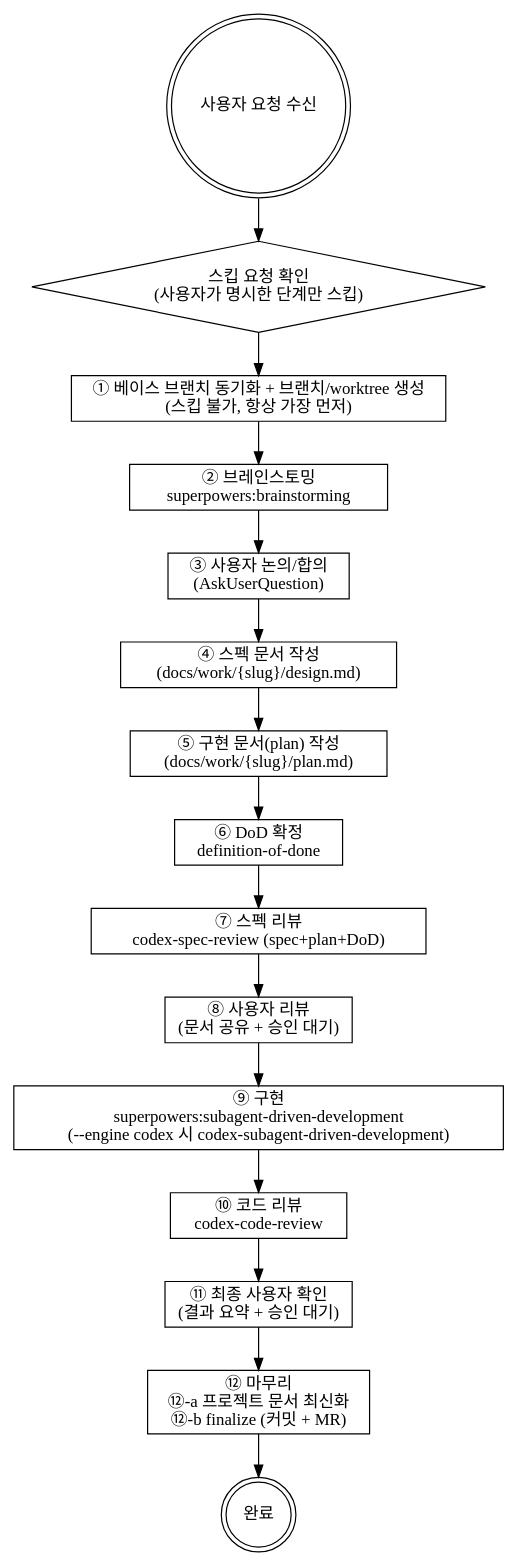
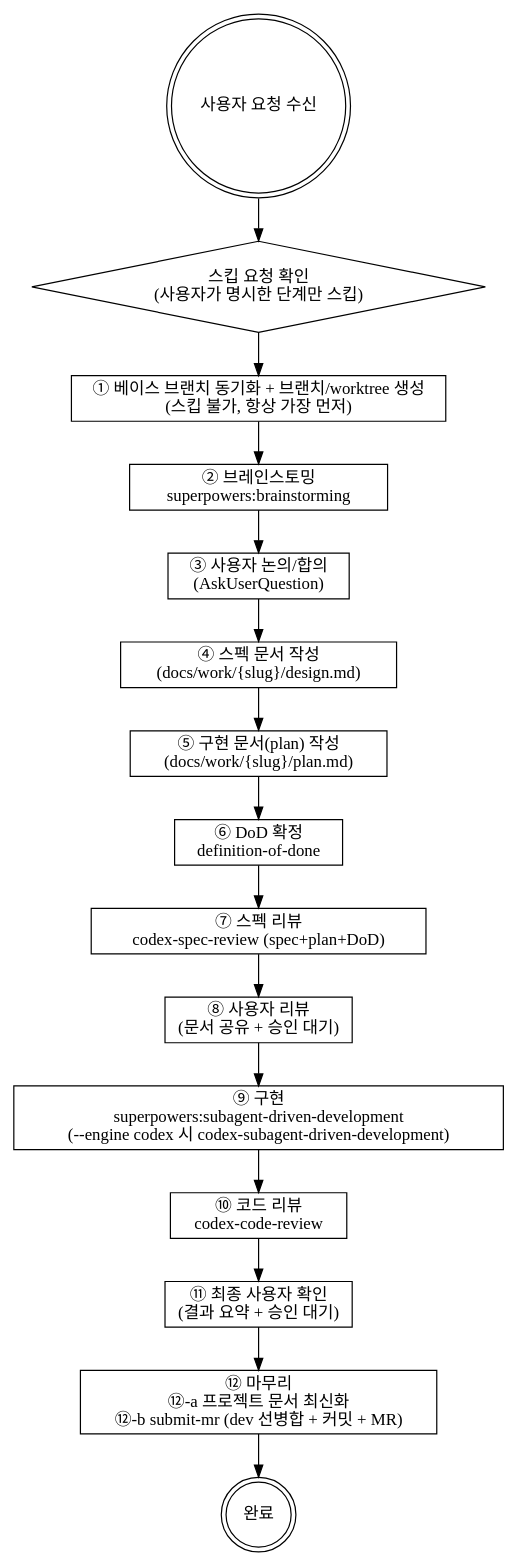
One commit to geonyeop123/claude-toolkit changed the diagram in plugins/dev-workflow/skills/feature-workflow/SKILL.md. Above: the diagram before and after it, drawn with Graphviz. The commit also changed other lines of this file and 2 other files, not shown here.

Commit message:
feat(submit-mr): MR 전 base 선병합 스킬을 추가하고 ⑫-b에 연결

````diff
--- a/plugins/dev-workflow/skills/feature-workflow/SKILL.md
+++ b/plugins/dev-workflow/skills/feature-workflow/SKILL.md
@@ -27,38 +27,38 @@
 ```dot
 digraph feature_workflow {
     rankdir=TB;
     node [shape=box];
 
     start [label="사용자 요청 수신" shape=doublecircle];
     skip [label="스킵 요청 확인\n(사용자가 명시한 단계만 스킵)" shape=diamond];
 
     s1 [label="① 베이스 브랜치 동기화 + 브랜치/worktree 생성\n(스킵 불가, 항상 가장 먼저)"];
     s2 [label="② 브레인스토밍\nsuperpowers:brainstorming"];
     s3 [label="③ 사용자 논의/합의\n(AskUserQuestion)"];
     s4 [label="④ 스펙 문서 작성\n(docs/work/{slug}/design.md)"];
     s5 [label="⑤ 구현 문서(plan) 작성\n(docs/work/{slug}/plan.md)"];
     s6 [label="⑥ DoD 확정\ndefinition-of-done"];
     s7 [label="⑦ 스펙 리뷰\ncodex-spec-review (spec+plan+DoD)"];
     s8 [label="⑧ 사용자 리뷰\n(문서 공유 + 승인 대기)"];
     s9 [label="⑨ 구현\nsuperpowers:subagent-driven-development\n(--engine codex 시 codex-subagent-driven-development)"];
     s10 [label="⑩ 코드 리뷰\ncodex-code-review"];
     s11 [label="⑪ 최종 사용자 확인\n(결과 요약 + 승인 대기)"];
-    s12 [label="⑫ 마무리\n⑫-a 프로젝트 문서 최신화\n⑫-b finalize (커밋 + MR)"];
+    s12 [label="⑫ 마무리\n⑫-a 프로젝트 문서 최신화\n⑫-b submit-mr (dev 선병합 + 커밋 + MR)"];
     done [label="완료" shape=doublecircle];
 
     start -> skip;
     skip -> s1;
     s1 -> s2;
     s2 -> s3;
     s3 -> s4;
     s4 -> s5;
     s5 -> s6;
     s6 -> s7;
     s7 -> s8;
     s8 -> s9;
     s9 -> s10;
     s10 -> s11;
     s11 -> s12;
     s12 -> done;
 }
 ```
````
